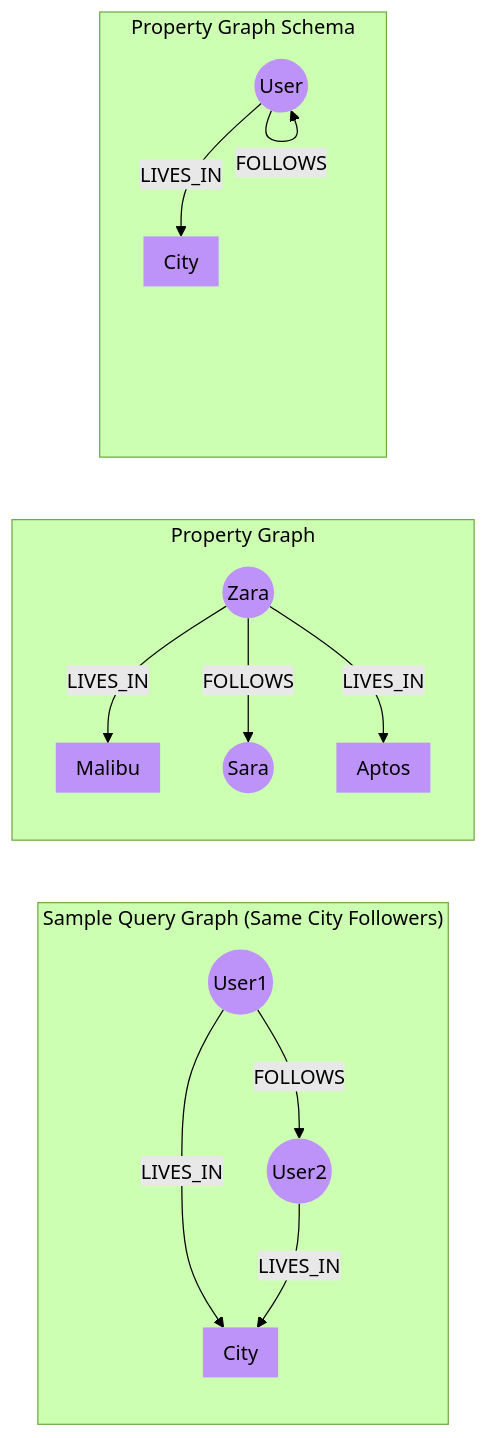
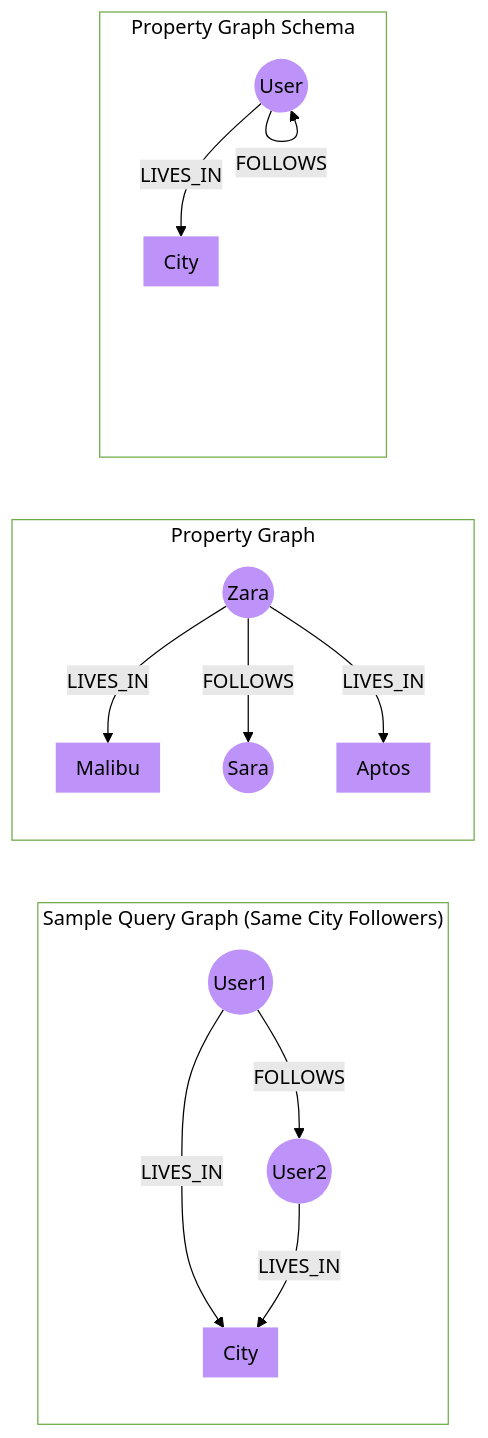
The diagram in snippets/property-graph.mdx (saqib-ali/docs), drawn with Mermaid (forest theme) before and after one commit.

Commit message:
Add classDef for subgraphs in property-graph snippet
Mintlify-Source: dashboard-editor

````diff
--- a/snippets/property-graph.mdx
+++ b/snippets/property-graph.mdx
@@ -1,52 +1,55 @@
 ```mermaid
 graph LR
 %%{init: {'flowchart': {'padding': 0,"top": 0,"bottom": 0, 'diagramPadding':0, 'nodeSpacing': 0, 'rankSpacing':0}}}%%
 
 subgraph s3["Sample Query Graph (Same City Followers)"]
 
 User1@{ shape: "circle" }
 User2@{ shape: "circle" }
 City3["City"]
 
 User1 -->|FOLLOWS| User2
 User1 -->|LIVES_IN| City3
 User2 -->|LIVES_IN| City3
 end
 
 subgraph s1["Property Graph"]
 Zara@{ shape: "circle" }
 Sara@{ shape: "circle" }
 
 C1["Malibu"]
 C2["Aptos"]
 
 %% LIVES_IN relationships
 Zara -- "LIVES_IN" --> C1
 %% FOLLOWS relationships
 Zara -- "FOLLOWS" --> Sara
 Zara@{ shape: "circle" } -- "LIVES_IN" --> C2
 
 
 
 end
 
 subgraph s2["Property Graph Schema"]
 
 
 User@{ shape: "circle" }
 City["City"]
 
 User@{ label: "User" } -->|"LIVES_IN"| City
 User -- FOLLOWS --> User
 
 end
 
 
 classDef nodes fill:#BD93F9,stroke-width:0px, color:#000000
 class User1,User2,User,U1,U2,Zara,Sara nodes
 
 
 classDef cities fill:#BD93F9,stroke-width:0px
 class City,C1,C2,City3 cities
 
+classDef subgraphs fill:transparent
+class s1,s2,s3 subgraphs
+
 ```
````
